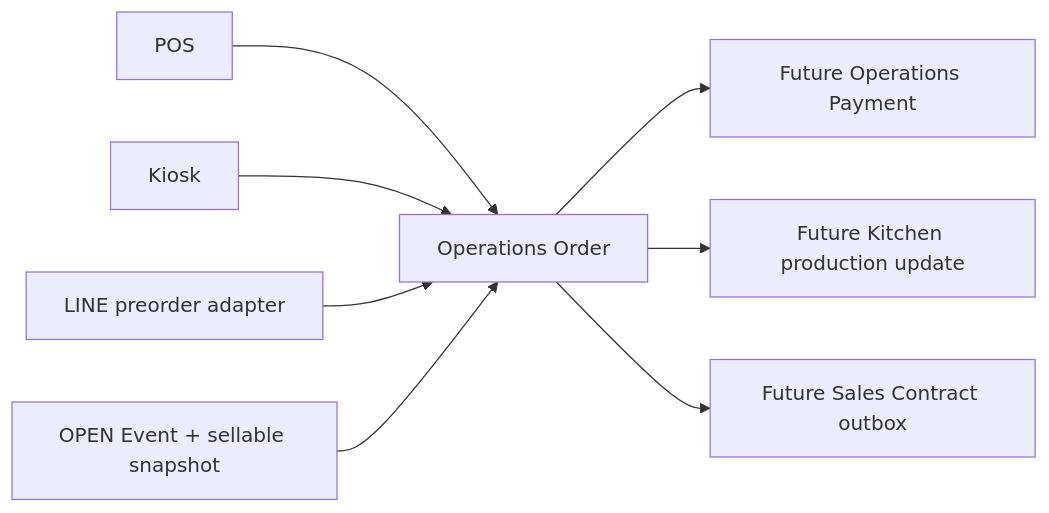
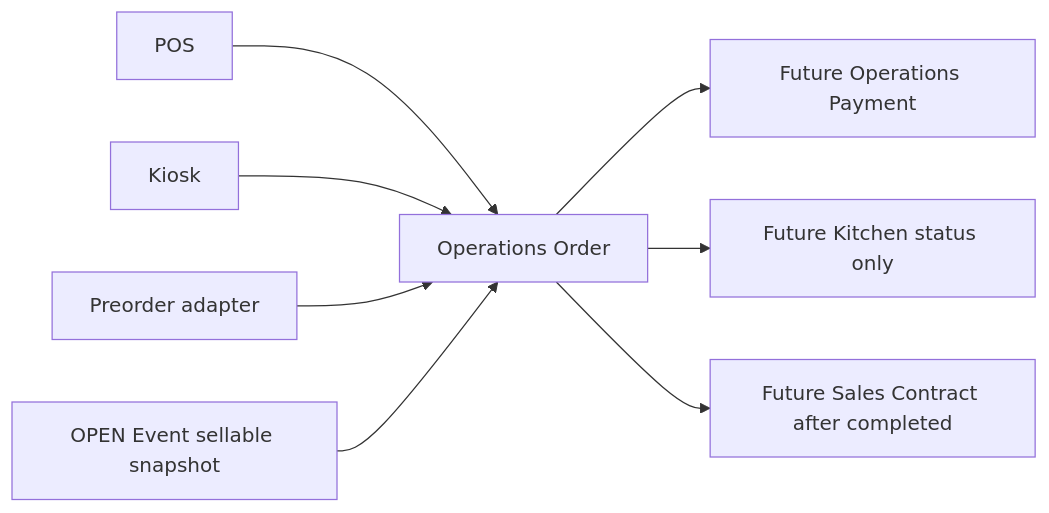
The diagram in docs/order/ORDER_DOMAIN.md (lighthousefood0508-wq/island-operations-assistant), drawn with Mermaid before and after one commit. The commit also changed other lines of this file and 20 other files, not shown here.

````diff
--- a/docs/order/ORDER_DOMAIN.md
+++ b/docs/order/ORDER_DOMAIN.md
@@ -9,10 +7,10 @@
 ```mermaid
 flowchart LR
   POS --> Order[Operations Order]
   Kiosk --> Order
-  Preorder[LINE preorder adapter] --> Order
-  Event[OPEN Event + sellable snapshot] --> Order
+  Preorder[Preorder adapter] --> Order
+  Event[OPEN Event sellable snapshot] --> Order
   Order --> Payment[Future Operations Payment]
-  Order --> Kitchen[Future Kitchen production update]
-  Order --> Outbox[Future Sales Contract outbox]
+  Order --> Kitchen[Future Kitchen status only]
+  Order --> Sales[Future Sales Contract after completed]
 ```
````
